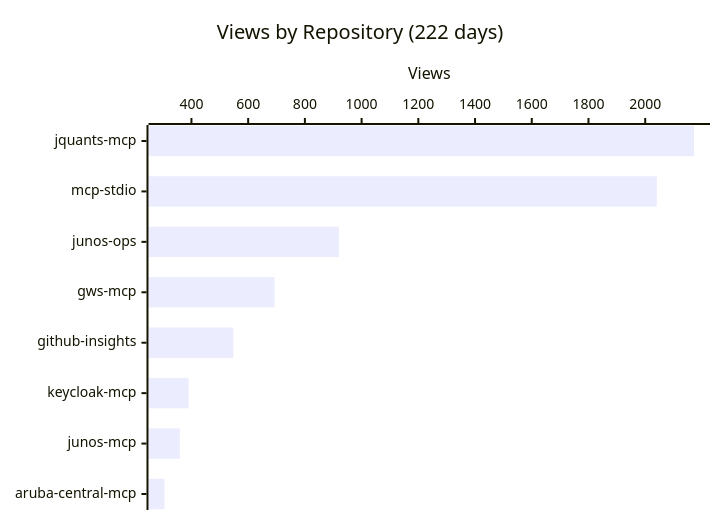
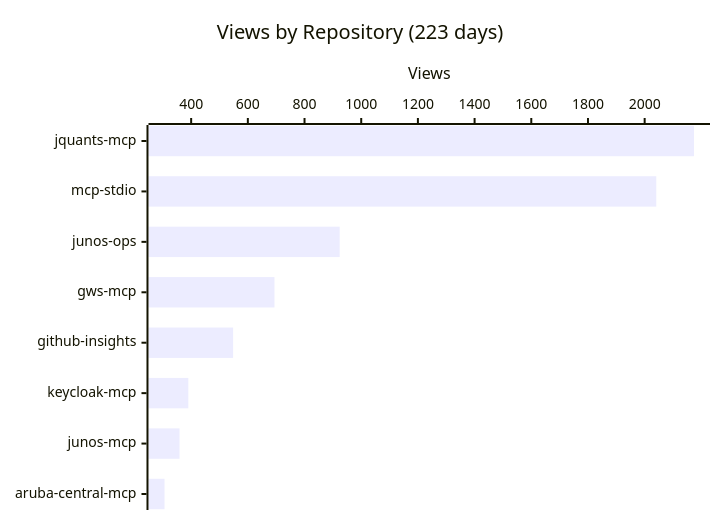
Before and after one commit to shigechika/github-insights: the first of 4 diagrams in README.md, drawn with Mermaid. The commit also changed other lines of this file and 1 other file, not shown here.

````diff
--- a/README.md
+++ b/README.md
@@ -18,7 +18,7 @@
 ```mermaid
 xychart-beta horizontal
-    title "Views by Repository (222 days)"
+    title "Views by Repository (223 days)"
     x-axis ["jquants-mcp", "mcp-stdio", "junos-ops", "gws-mcp", "github-insights", "keycloak-mcp", "junos-mcp", "aruba-central-mcp"]
     y-axis "Views"
-    bar [2172, 2041, 920, 693, 548, 390, 359, 305]
+    bar [2174, 2041, 924, 694, 548, 390, 359, 306]
 ```
````
